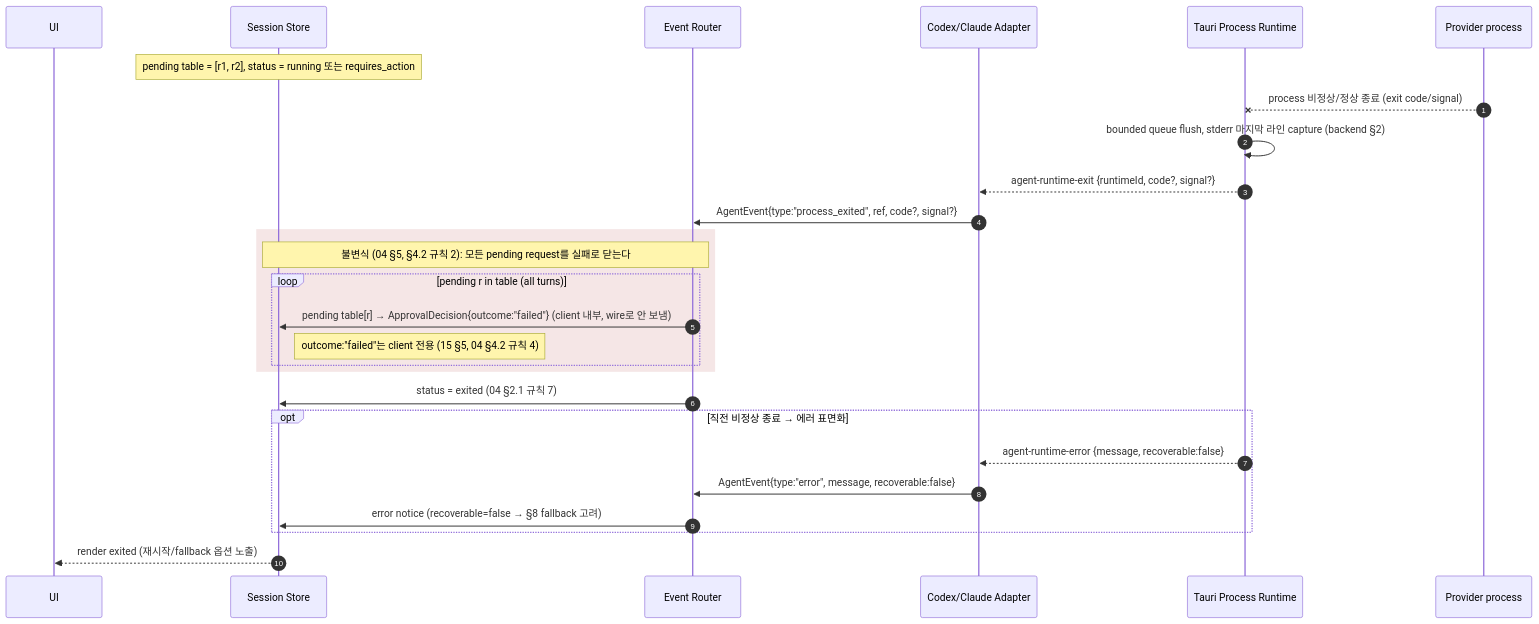
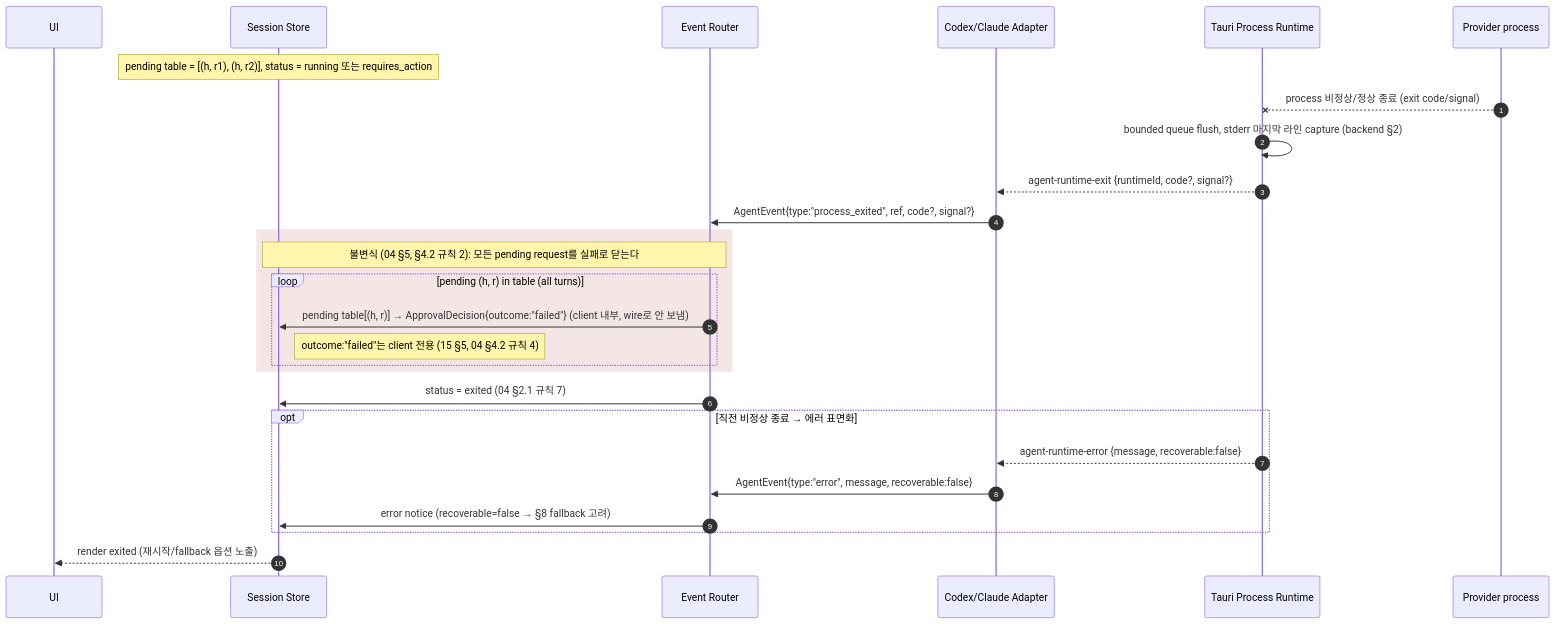
Before and after one commit to ummoftgo/clcomx: the sixth of 12 diagrams in docs/plans/agent-direct-runtime/14-sequence-and-state.md, drawn with Mermaid. The commit also changed other lines of this file and 9 other files, not shown here.

````diff
--- a/docs/plans/agent-direct-runtime/14-sequence-and-state.md
+++ b/docs/plans/agent-direct-runtime/14-sequence-and-state.md
@@ -350,32 +350,32 @@
 ```mermaid
 sequenceDiagram
     autonumber
     participant UI as UI
     participant Store as Session Store
     participant Router as Event Router
     participant Adapter as Codex/Claude Adapter
     participant Transport as Tauri Process Runtime
     participant Provider as Provider process
 
-    Note over Store: pending table = [r1, r2], status = running 또는 requires_action
+    Note over Store: pending table = [(h, r1), (h, r2)], status = running 또는 requires_action
     Provider--xTransport: process 비정상/정상 종료 (exit code/signal)
     Transport->>Transport: bounded queue flush, stderr 마지막 라인 capture (backend §2)
     Transport-->>Adapter: agent-runtime-exit {runtimeId, code?, signal?}
     Adapter->>Router: AgentEvent{type:"process_exited", ref, code?, signal?}
 
     rect rgb(245, 230, 230)
         Note over Router,Store: 불변식 (04 §5, §4.2 규칙 2): 모든 pending request를 실패로 닫는다
-        loop pending r in table (all turns)
-            Router->>Store: pending table[r] → ApprovalDecision{outcome:"failed"} (client 내부, wire로 안 보냄)
+        loop pending (h, r) in table (all turns)
+            Router->>Store: pending table[(h, r)] → ApprovalDecision{outcome:"failed"} (client 내부, wire로 안 보냄)
             Note right of Store: outcome:"failed"는 client 전용 (15 §5, 04 §4.2 규칙 4)
         end
     end
     Router->>Store: status = exited (04 §2.1 규칙 7)
 
     opt 직전 비정상 종료 → 에러 표면화
         Transport-->>Adapter: agent-runtime-error {message, recoverable:false}
         Adapter->>Router: AgentEvent{type:"error", message, recoverable:false}
         Router->>Store: error notice (recoverable=false → §8 fallback 고려)
     end
     Store-->>UI: render exited (재시작/fallback 옵션 노출)
 ```
````
